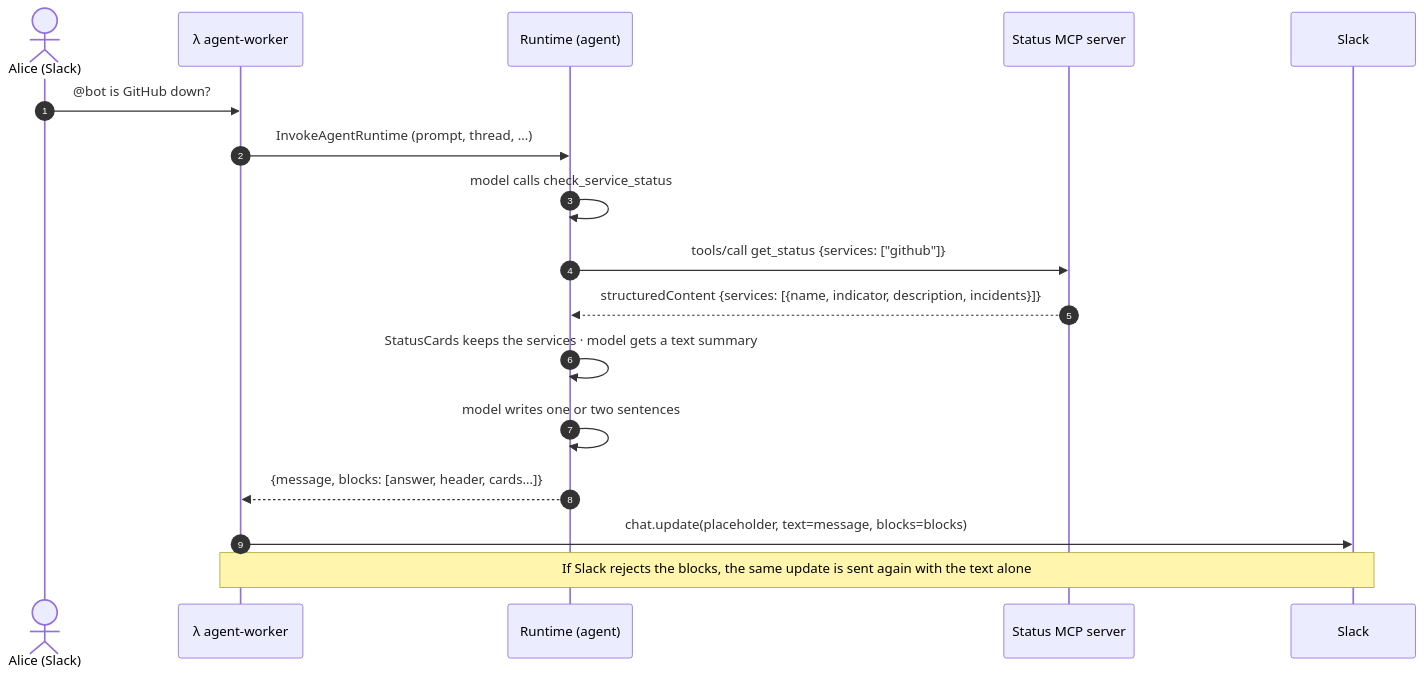
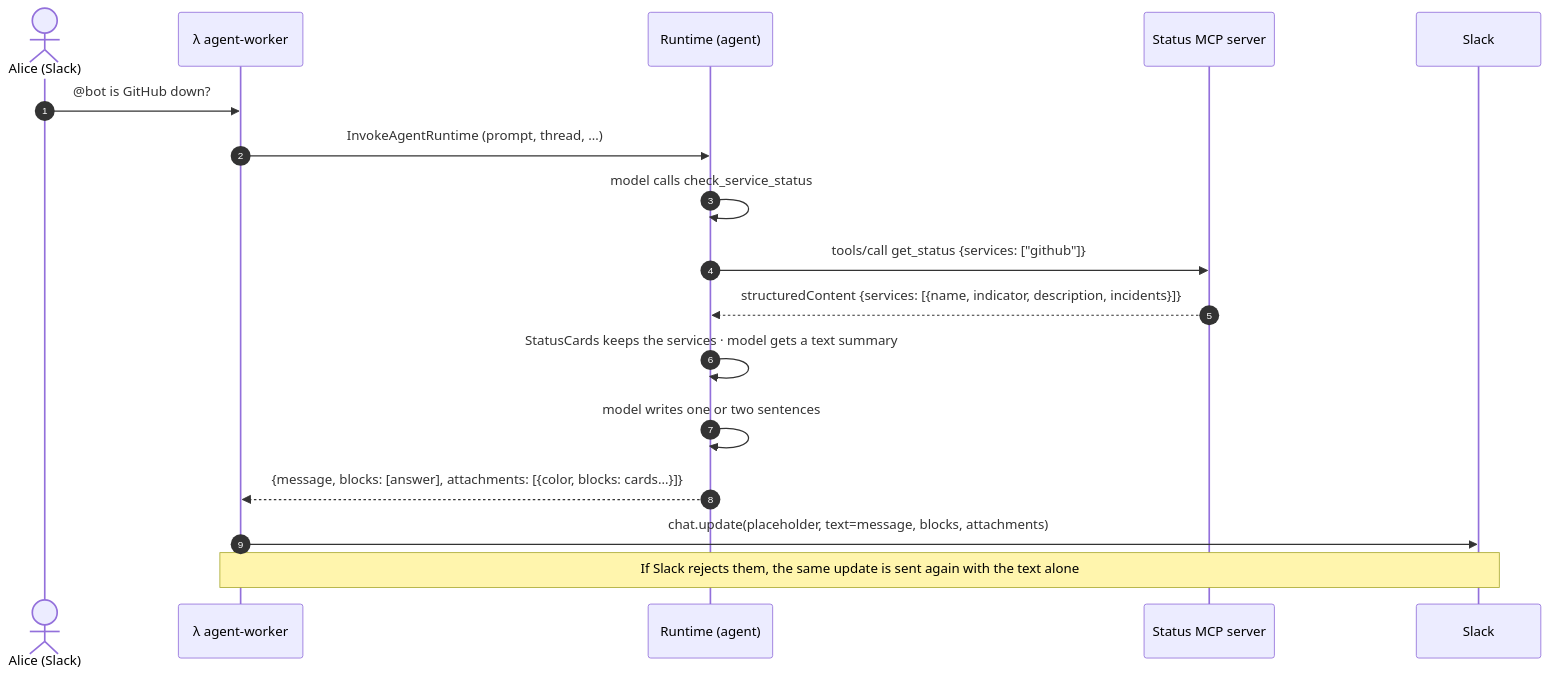
One commit to agent-runtime-labs/slack-agentcore-app changed the diagram in docs/status-mcp.md. Above: the diagram before and after it, drawn with Mermaid. The commit also changed other lines of this file and 10 other files, not shown here.

````diff
--- a/docs/status-mcp.md
+++ b/docs/status-mcp.md
@@ -27,20 +29,20 @@
 ```mermaid
 sequenceDiagram
     autonumber
     actor A as Alice (Slack)
     participant W as λ agent-worker
     participant R as Runtime (agent)
     participant M as Status MCP server
     participant S as Slack
 
     A->>W: @bot is GitHub down?
     W->>R: InvokeAgentRuntime (prompt, thread, …)
     R->>R: model calls check_service_status
     R->>M: tools/call get_status {services: ["github"]}
     M-->>R: structuredContent {services: [{name, indicator, description, incidents}]}
     R->>R: StatusCards keeps the services · model gets a text summary
     R->>R: model writes one or two sentences
-    R-->>W: {message, blocks: [answer, header, cards…]}
-    W->>S: chat.update(placeholder, text=message, blocks=blocks)
-    Note over W,S: If Slack rejects the blocks, the same update is sent again with the text alone
+    R-->>W: {message, blocks: [answer], attachments: [{color, blocks: cards…}]}
+    W->>S: chat.update(placeholder, text=message, blocks, attachments)
+    Note over W,S: If Slack rejects them, the same update is sent again with the text alone
 ```
````
